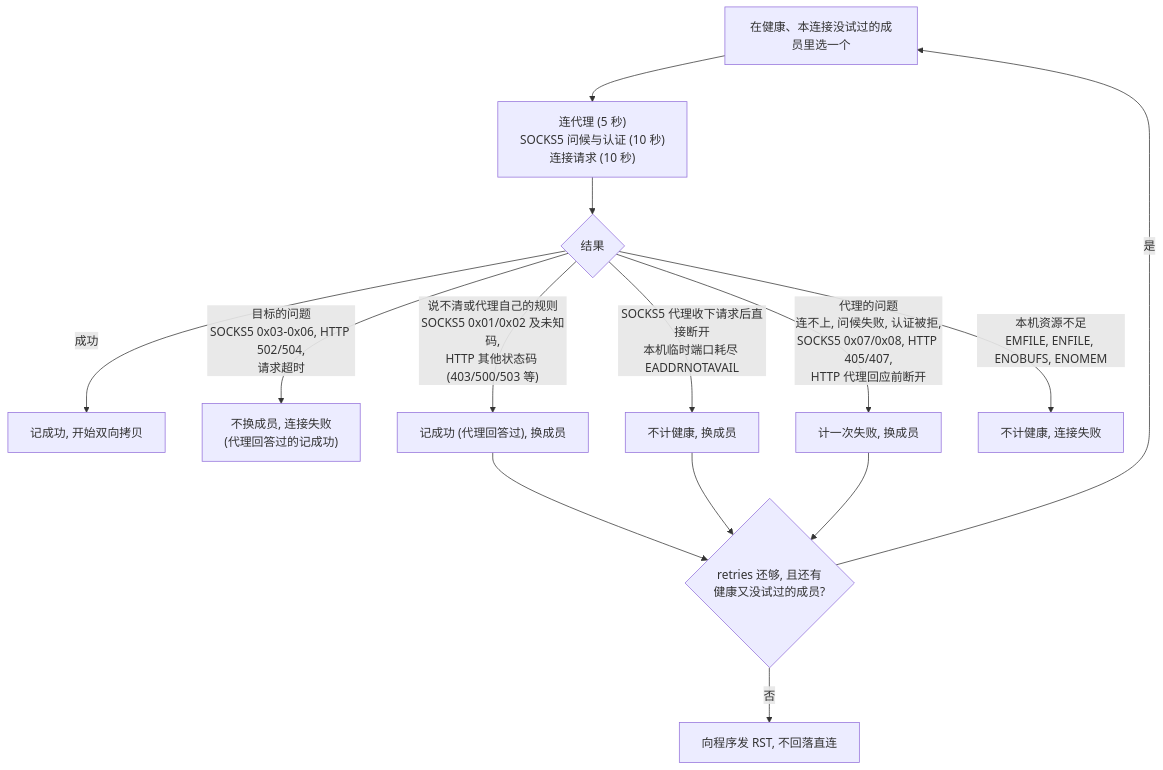
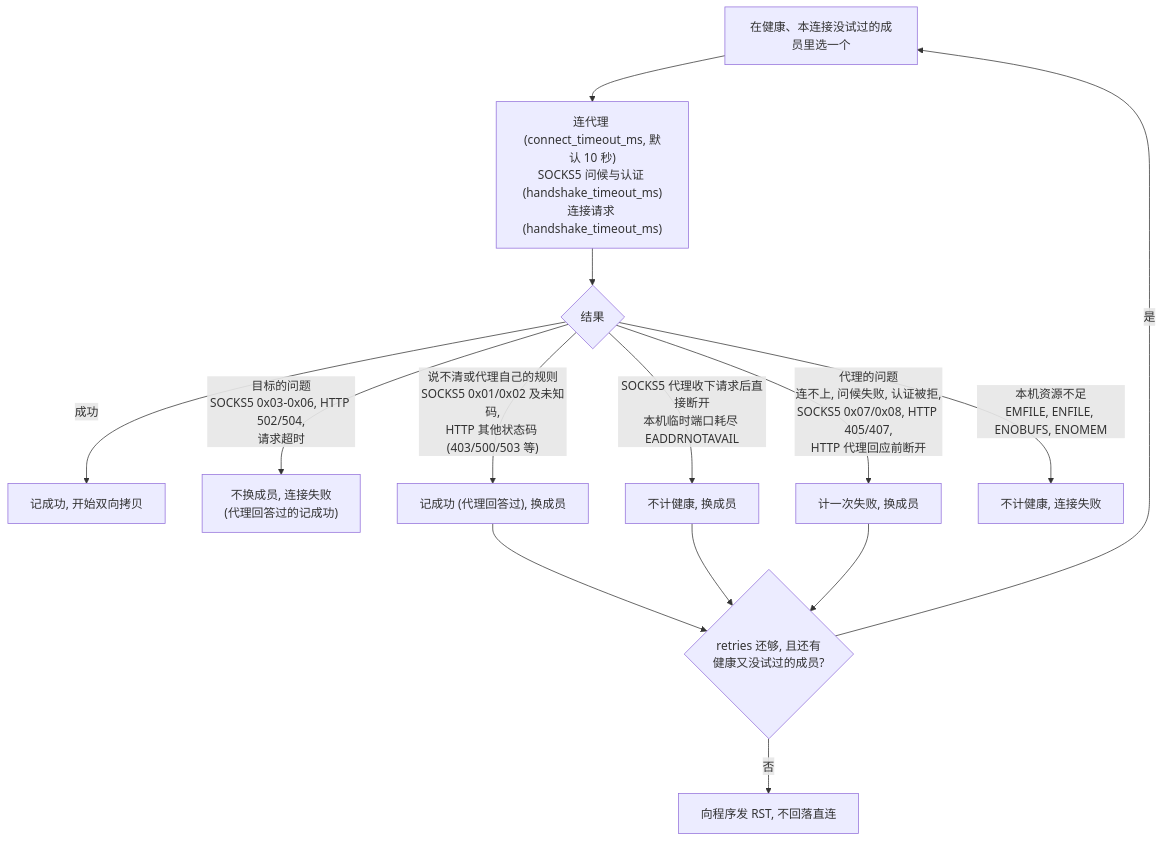
The first of 2 diagrams in docs/architecture/operations.md (moonshawdo/proxytun), drawn with Mermaid before and after one commit. The commit also changed 9 other files, not shown here.

First line of the commit message:
handshake_timeout_ms: the proxy handshake timeout, configurable

````diff
--- a/docs/architecture/operations.md
+++ b/docs/architecture/operations.md
@@ -18,16 +18,16 @@
 ```mermaid
 flowchart TD
-    SEL["在健康、本连接没试过的成员里选一个"] --> D["连代理 (5 秒)<br/>SOCKS5 问候与认证 (10 秒)<br/>连接请求 (10 秒)"]
+    SEL["在健康、本连接没试过的成员里选一个"] --> D["连代理 (connect_timeout_ms, 默认 10 秒)<br/>SOCKS5 问候与认证 (handshake_timeout_ms)<br/>连接请求 (handshake_timeout_ms)"]
     D --> RES{"结果"}
     RES -- "成功" --> OK["记成功, 开始双向拷贝"]
     RES -- "目标的问题<br/>SOCKS5 0x03-0x06, HTTP 502/504,<br/>请求超时" --> TGT["不换成员, 连接失败<br/>(代理回答过的记成功)"]
     RES -- "说不清或代理自己的规则<br/>SOCKS5 0x01/0x02 及未知码,<br/>HTTP 其他状态码 (403/500/503 等)" --> ANS["记成功 (代理回答过), 换成员"]
     RES -- "SOCKS5 代理收下请求后直接断开<br/>本机临时端口耗尽 EADDRNOTAVAIL" --> ALT["不计健康, 换成员"]
     RES -- "代理的问题<br/>连不上, 问候失败, 认证被拒,<br/>SOCKS5 0x07/0x08, HTTP 405/407,<br/>HTTP 代理回应前断开" --> BAD["计一次失败, 换成员"]
     RES -- "本机资源不足<br/>EMFILE, ENFILE, ENOBUFS, ENOMEM" --> LOC["不计健康, 连接失败"]
     ANS --> MORE{"retries 还够, 且还有<br/>健康又没试过的成员?"}
     ALT --> MORE
     BAD --> MORE
     MORE -- "是" --> SEL
     MORE -- "否" --> FAIL["向程序发 RST, 不回落直连"]
 ```
````
